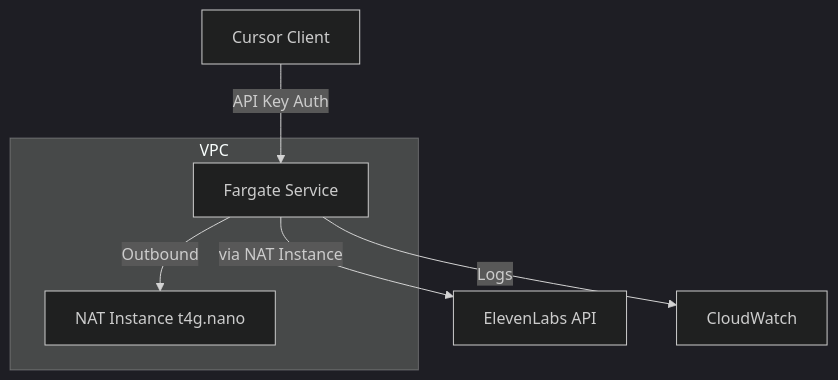
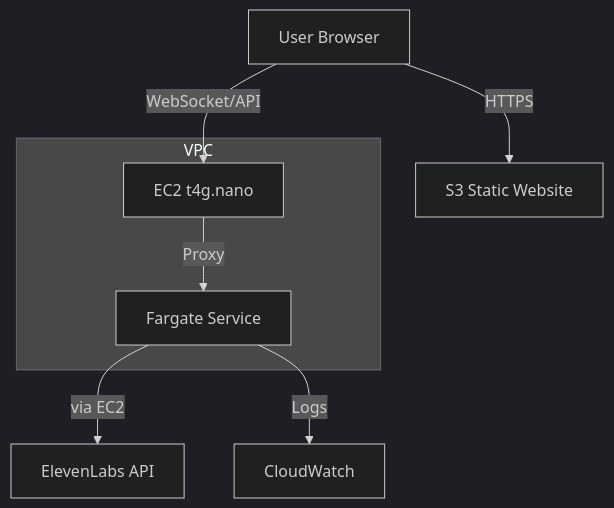
One commit to georgi-io/elevenlabs-tts-mcp changed the diagram in docs/deployment-architecture.md. Above: the diagram before and after it, drawn with Mermaid (dark theme). The commit also changed other lines of this file, not shown here.

First line of the commit message:
docs: Update deployment architecture for MCP Server with frontend

````diff
--- a/docs/deployment-architecture.md
+++ b/docs/deployment-architecture.md
@@ -7,11 +7,12 @@
 ```mermaid
 graph TD
-    C[Cursor Client] -->|API Key Auth| F[Fargate Service]
-    F -->|via NAT Instance| E[ElevenLabs API]
+    U[User Browser] -->|HTTPS| S3[S3 Static Website]
+    U -->|WebSocket/API| EC2[EC2 t4g.nano]
+    EC2 -->|Proxy| F[Fargate Service]
+    F -->|via EC2| E[ElevenLabs API]
     F -->|Logs| CW[CloudWatch]
     subgraph VPC
         F
-        N[NAT Instance t4g.nano]
+        EC2
     end
-    F -->|Outbound| N
 ```
````
